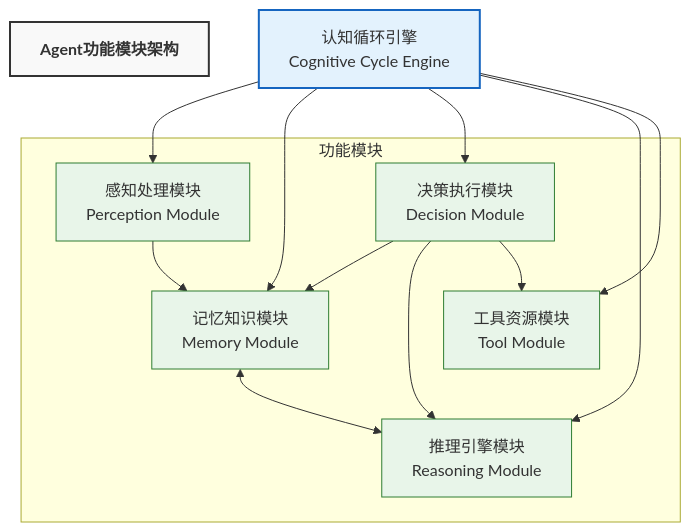
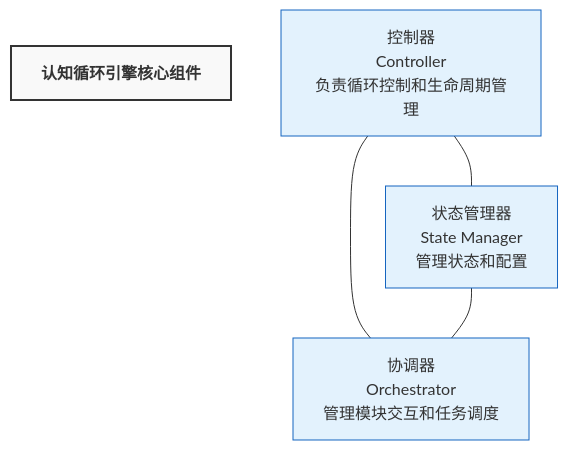
Before and after one commit to DDtoma/iodraw-files: the diagram in all/未命名-3.md, drawn with Mermaid.

Commit message:
2025-03-11 11:48:26 update

````diff
--- a/all/未命名-3.md
+++ b/all/未命名-3.md
@@ -1,39 +1,22 @@
 ```mermaid
 graph TB
     %% 总标题
-    title[<b>Agent功能模块架构</b>]
+    title[<b>认知循环引擎核心组件</b>]
     
-    %% 核心引擎
-    CycleEngine["认知循环引擎<br>Cognitive Cycle Engine"]
+    %% 主要组件
+    Controller["控制器<br>Controller<br>负责循环控制和生命周期管理"]
+    StateManager["状态管理器<br>State Manager<br>管理状态和配置"]
+    Orchestrator["协调器<br>Orchestrator<br>管理模块交互和任务调度"]
     
-    %% 功能模块
-    subgraph FunctionalModules["功能模块"]
-        Perception["感知处理模块<br>Perception Module"]
-        Memory["记忆知识模块<br>Memory Module"]
-        Decision["决策执行模块<br>Decision Module"]
-        Reasoning["推理引擎模块<br>Reasoning Module"]
-        Tool["工具资源模块<br>Tool Module"]
-    end
-    
-    %% 交互关系
-    CycleEngine --> Perception
-    CycleEngine --> Memory
-    CycleEngine --> Decision
-    CycleEngine --> Reasoning
-    CycleEngine --> Tool
-    
-    Perception --> Memory
-    Memory <--> Reasoning
-    Decision --> Memory
-    Decision --> Reasoning
-    Decision --> Tool
+    %% 组件间关系
+    Controller --- StateManager
+    Controller --- Orchestrator
+    StateManager --- Orchestrator
     
     %% 样式设置
     classDef titleClass fill:#f9f9f9,stroke:#333,stroke-width:2px,font-weight:bold
-    classDef engineClass fill:#e3f2fd,stroke:#1565c0,stroke-width:2px
-    classDef moduleClass fill:#e8f5e9,stroke:#2e7d32,stroke-width:1px
+    classDef componentClass fill:#e3f2fd,stroke:#1565c0,stroke-width:1px
     
     class title titleClass
-    class CycleEngine engineClass
-    class Perception,Memory,Decision,Reasoning,Tool moduleClass
+    class Controller,StateManager,Orchestrator componentClass
 ```
````
